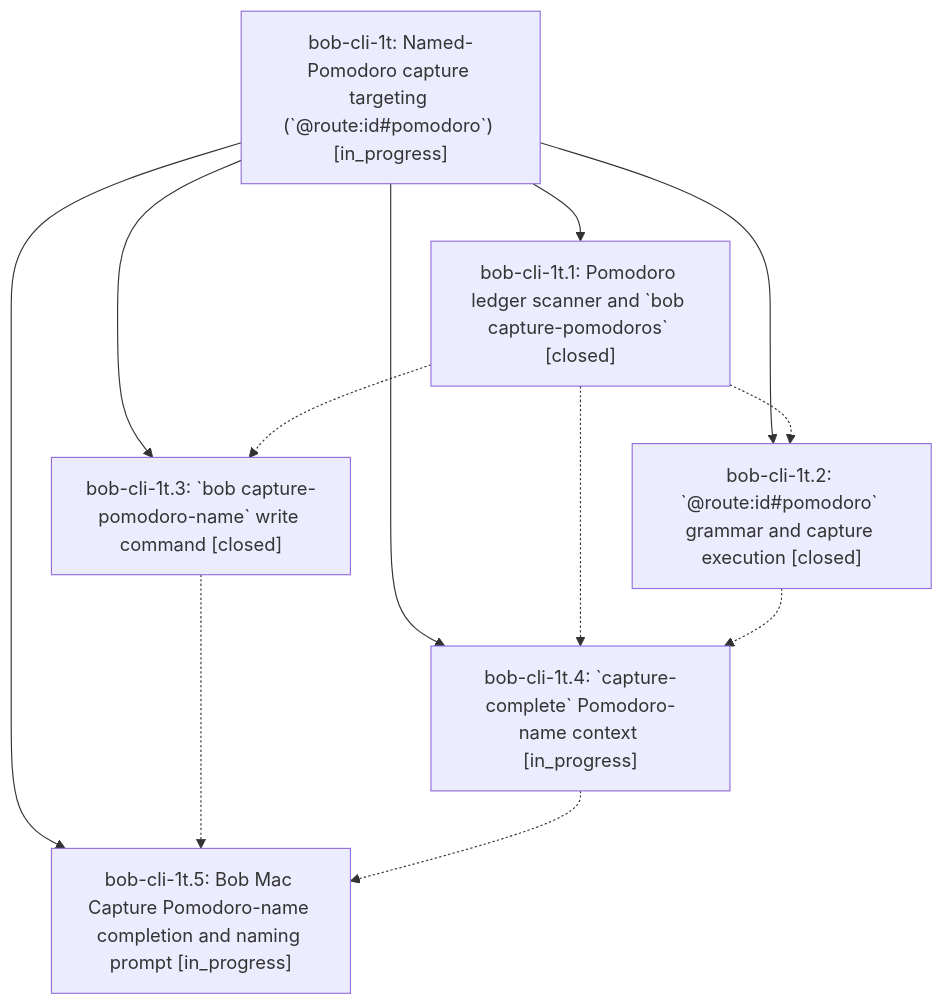
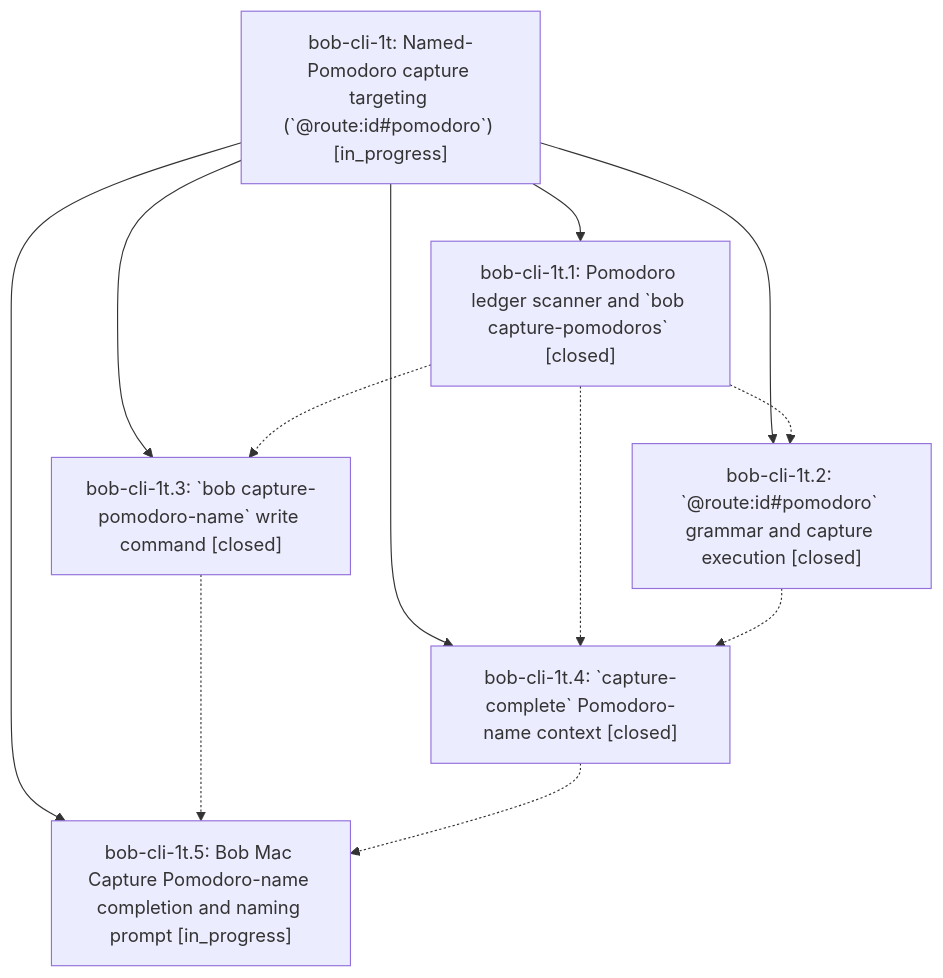
Before and after one commit to bobs-org/bob-cli--beads: the diagram in pages/bob-cli-1t/README.md, drawn with Mermaid. The commit also changed other lines of this file and 4 other files, not shown here.

First line of the commit message:
chore(beads): sync bead state and pages for bob-cli-1t

````diff
--- a/pages/bob-cli-1t/README.md
+++ b/pages/bob-cli-1t/README.md
@@ -38,20 +38,20 @@
 ```mermaid
 flowchart TD
     n0["bob-cli-1t: Named-Pomodoro capture targeting (`@route:id#pomodoro`) [in_progress]"]
     n1["bob-cli-1t.1: Pomodoro ledger scanner and `bob capture-pomodoros` [closed]"]
     n2["bob-cli-1t.2: `@route:id#pomodoro` grammar and capture execution [closed]"]
     n3["bob-cli-1t.3: `bob capture-pomodoro-name` write command [closed]"]
-    n4["bob-cli-1t.4: `capture-complete` Pomodoro-name context [in_progress]"]
+    n4["bob-cli-1t.4: `capture-complete` Pomodoro-name context [closed]"]
     n5["bob-cli-1t.5: Bob Mac Capture Pomodoro-name completion and naming prompt [in_progress]"]
     n0 --> n1
     n0 --> n2
     n0 --> n3
     n0 --> n4
     n0 --> n5
     n1 -.-> n2
     n1 -.-> n3
     n1 -.-> n4
     n2 -.-> n4
     n3 -.-> n5
     n4 -.-> n5
 ```
````
